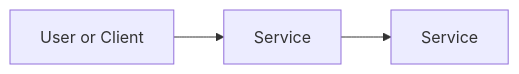
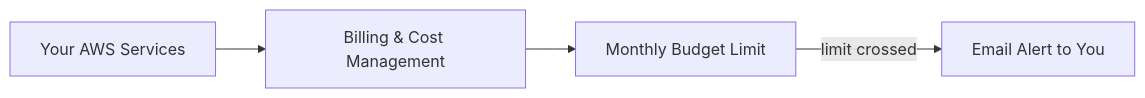
One commit to Smusoni/aws-cloud-practitioner-portfolio changed the diagram in projects/02-billing-alerts-small-business/README.md. Above: the diagram before and after it, drawn with Mermaid. The commit also changed other lines of this file, not shown here.

Commit message:
Update README with billing alert setup details

````diff
--- a/projects/02-billing-alerts-small-business/README.md
+++ b/projects/02-billing-alerts-small-business/README.md
@@ -17,5 +19,6 @@
 ```mermaid
 flowchart LR
-  User[User or Client] --> A[Service]
-  A --> B[Service]
+  AWS[Your AWS Services] --> Billing[Billing & Cost Management]
+  Billing --> Budget[Monthly Budget Limit]
+  Budget -->|limit crossed| Email[Email Alert to You]
 ```
````
